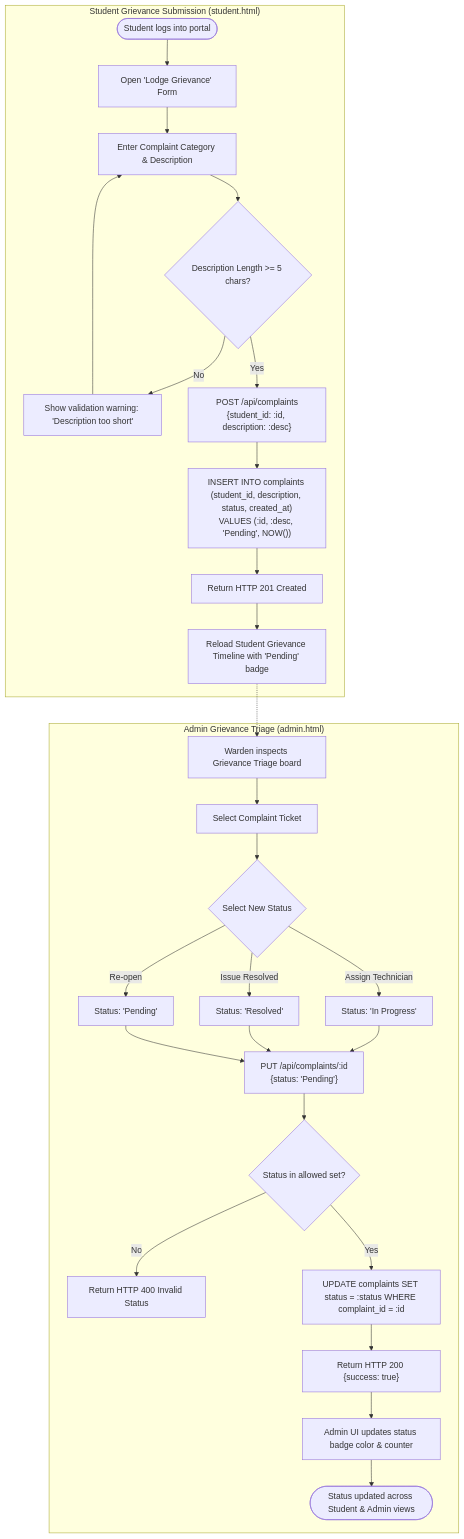
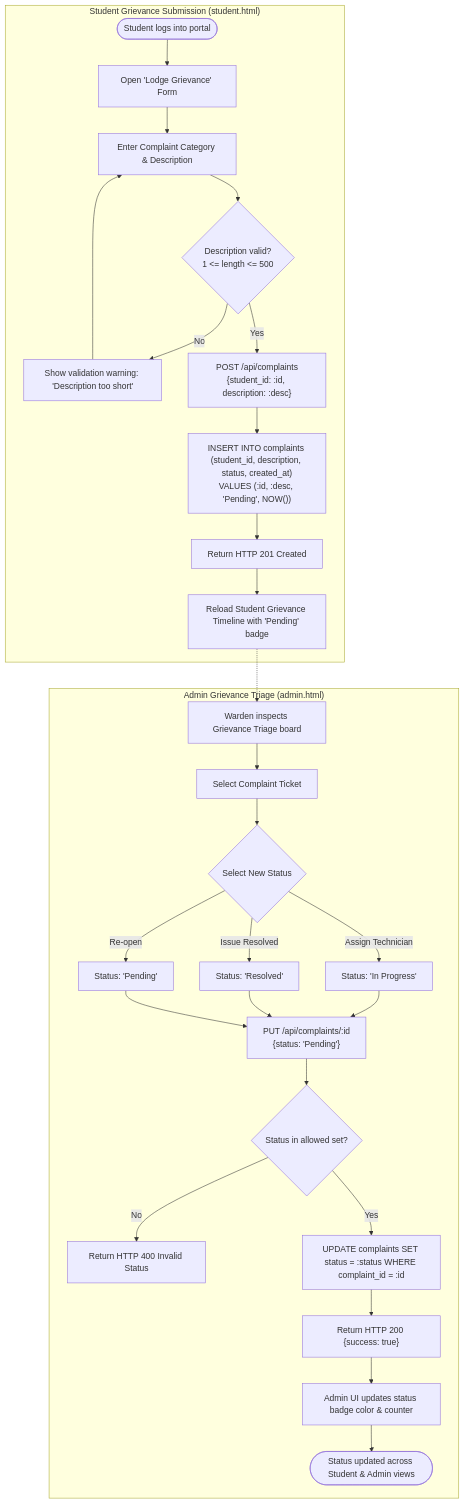
One commit to Hyperionn6907/Hostel-Management-System changed the fifth of 6 diagrams in control_diagram.md. Above: the diagram before and after it, drawn with Mermaid. The commit also changed other lines of this file and 4 other files, not shown here.

````diff
--- a/control_diagram.md
+++ b/control_diagram.md
@@ -183,39 +195,39 @@
 ```mermaid
 flowchart TD
     subgraph ResidentFlow ["Student Grievance Submission (student.html)"]
         GrievStart([Student logs into portal]) --> OpenGrievModal[Open 'Lodge Grievance' Form]
         OpenGrievModal --> EnterDesc[Enter Complaint Category & Description]
-        EnterDesc --> ValDesc{Description Length >= 5 chars?}
+        EnterDesc --> ValDesc{Description valid?<br/>1 <= length <= 500}
         
         ValDesc -- No --> PromptDesc[Show validation warning: 'Description too short']
         PromptDesc --> EnterDesc
         
         ValDesc -- Yes --> PostGriev["POST /api/complaints<br/>{student_id: :id, description: :desc}"]
         PostGriev --> InsertComplaint["INSERT INTO complaints (student_id, description, status, created_at)<br/>VALUES (:id, :desc, 'Pending', NOW())"]
         InsertComplaint --> GrievSaved[Return HTTP 201 Created]
         GrievSaved --> RefreshStudList[Reload Student Grievance Timeline with 'Pending' badge]
     end
 
     subgraph AdminTriageFlow ["Admin Grievance Triage (admin.html)"]
         AdminInspect[Warden inspects Grievance Triage board] --> SelectTicket[Select Complaint Ticket]
         SelectTicket --> PickNewStatus{Select New Status}
         
         PickNewStatus -->|Assign Technician| SetInProgress["Status: 'In Progress'"]
         PickNewStatus -->|Issue Resolved| SetResolved["Status: 'Resolved'"]
         PickNewStatus -->|Re-open| SetPending["Status: 'Pending'"]
         
         SetInProgress --> PutStatus["PUT /api/complaints/:id<br/>{status: 'In Progress'}"]
         SetResolved --> PutStatus["PUT /api/complaints/:id<br/>{status: 'Resolved'}"]
         SetPending --> PutStatus["PUT /api/complaints/:id<br/>{status: 'Pending'}"]
         
         PutStatus --> ValidateStatus{Status in allowed set?}
         ValidateStatus -- No --> RejectStatus[Return HTTP 400 Invalid Status]
         
         ValidateStatus -- Yes --> UpdateDB["UPDATE complaints SET status = :status WHERE complaint_id = :id"]
         UpdateDB --> Triage200["Return HTTP 200 {success: true}"]
         Triage200 --> UpdateBadge[Admin UI updates status badge color & counter]
         UpdateBadge --> NotificationSync([Status updated across Student & Admin views])
     end
 
     RefreshStudList -.-> AdminInspect
 ```
````
